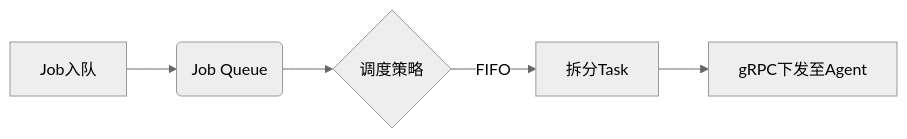
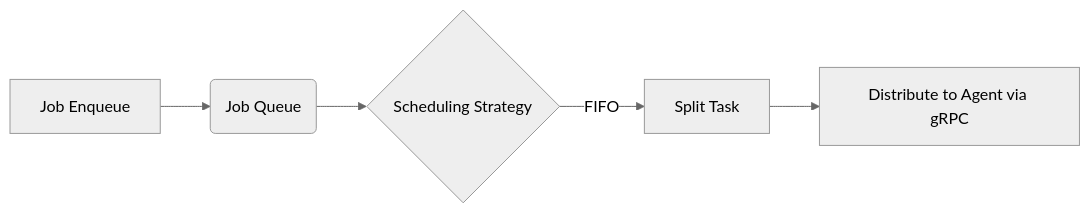
The second of 2 diagrams in docs/zh/architecture.md (apache/bigtop-manager), drawn with Mermaid (neutral theme) before and after one commit. The commit also changed other lines of this file and 2 other files, not shown here.

````diff
--- a/docs/zh/architecture.md
+++ b/docs/zh/architecture.md
@@ -51,7 +51,7 @@
 ```mermaid
 graph LR
-    A[Job入队] --> B(Job Queue)
-    B --> C{调度策略}
-    C -->|FIFO| D[拆分Task]
-    D --> E[gRPC下发至Agent]
+    A[Job Enqueue] --> B(Job Queue)
+    B --> C{Scheduling Strategy}
+    C -->|FIFO| D[Split Task]
+    D --> E[Distribute to Agent via gRPC]
 ```
````
